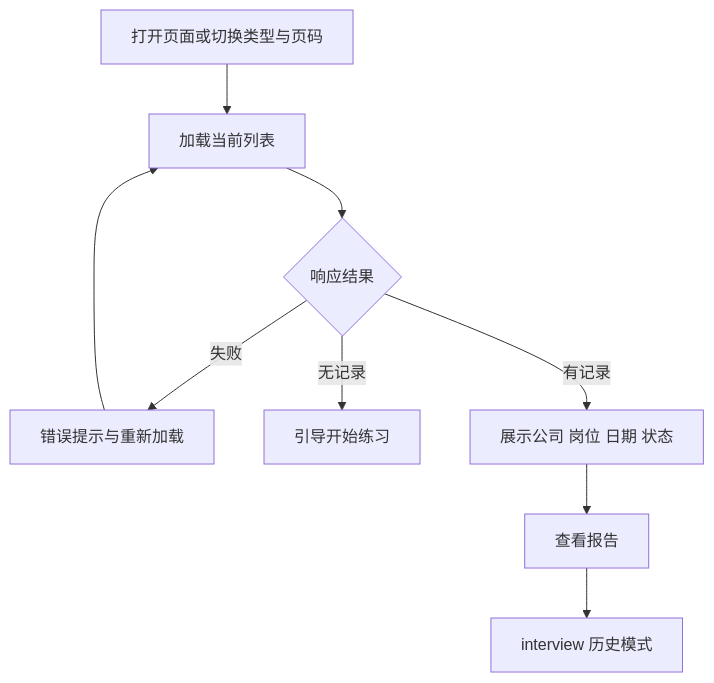
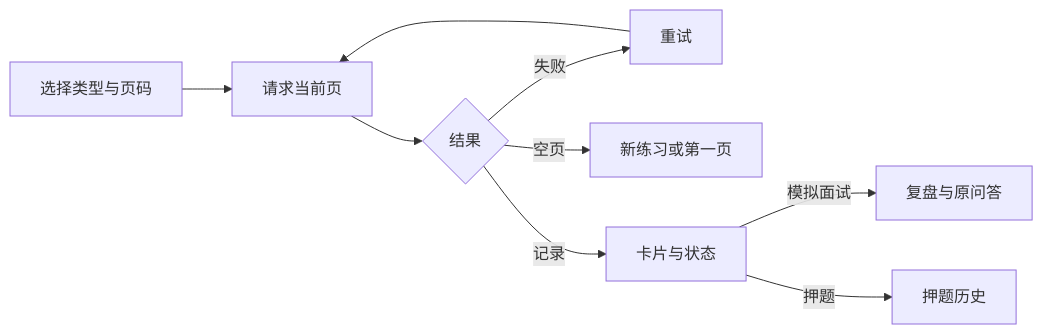
The diagram in apps/web/src/app/history/Agent.md (KlayPeter/man-shi-mai), drawn with Mermaid before and after one commit. The commit also changed other lines of this file and 13 other files, not shown here.

````diff
--- a/apps/web/src/app/history/Agent.md
+++ b/apps/web/src/app/history/Agent.md
@@ -5,11 +5,11 @@
 ```mermaid
-flowchart TD
-    A[打开页面或切换类型与页码] --> B[加载当前列表]
-    B --> C{响应结果}
-    C -->|失败| D[错误提示与重新加载]
+flowchart LR
+    A[选择类型与页码] --> B[请求当前页]
+    B --> C{结果}
+    C -->|失败| D[重试]
     D --> B
-    C -->|无记录| E[引导开始练习]
-    C -->|有记录| F[展示公司 岗位 日期 状态]
-    F --> G[查看报告]
-    G --> H[interview 历史模式]
+    C -->|空页| E[新练习或第一页]
+    C -->|记录| F[卡片与状态]
+    F -->|模拟面试| G[复盘与原问答]
+    F -->|押题| H[押题历史]
 ```
````
